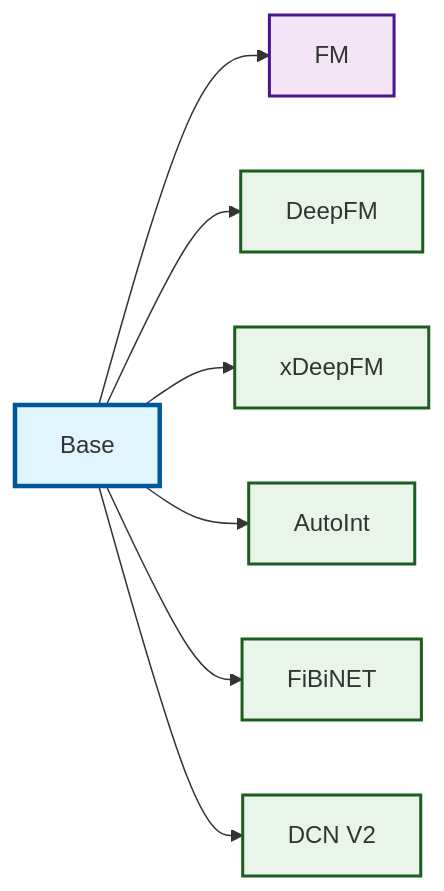
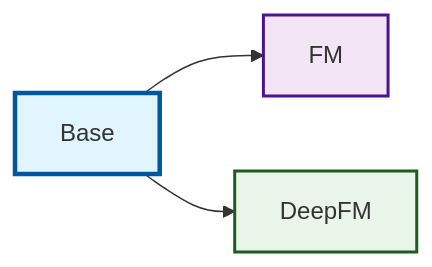
The diagram in src/models/fm/README.md (bohyunshin/toss-next-challenge-solution), drawn with Mermaid before and after one commit. The commit also changed other lines of this file, not shown here.

````diff
--- a/src/models/fm/README.md
+++ b/src/models/fm/README.md
@@ -7,21 +7,13 @@
 ```mermaid
 graph LR
     Base --> FM[FM]
     Base --> DeepFM[DeepFM]
-    Base --> xDeepFM[xDeepFM]
-    Base --> AutoInt[AutoInt]
-    Base --> FiBiNET[FiBiNET]
-    Base --> DCNV2[DCN V2]
     
     Base:::baseClass
     FM:::fmClass
     DeepFM:::deepClass
-    xDeepFM:::deepClass
-    AutoInt:::deepClass
-    FiBiNET:::deepClass
-    DCNV2:::deepClass
     
     classDef baseClass fill:#e1f5fe,stroke:#01579b,stroke-width:3px
     classDef fmClass fill:#f3e5f5,stroke:#4a148c,stroke-width:2px
     classDef deepClass fill:#e8f5e8,stroke:#1b5e20,stroke-width:2px
 ```
````
